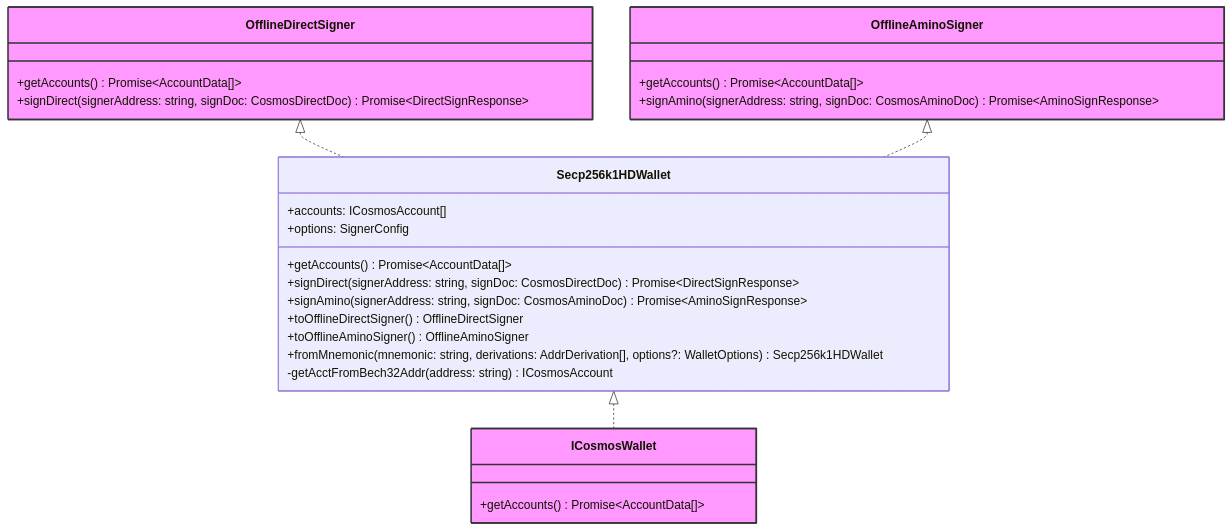
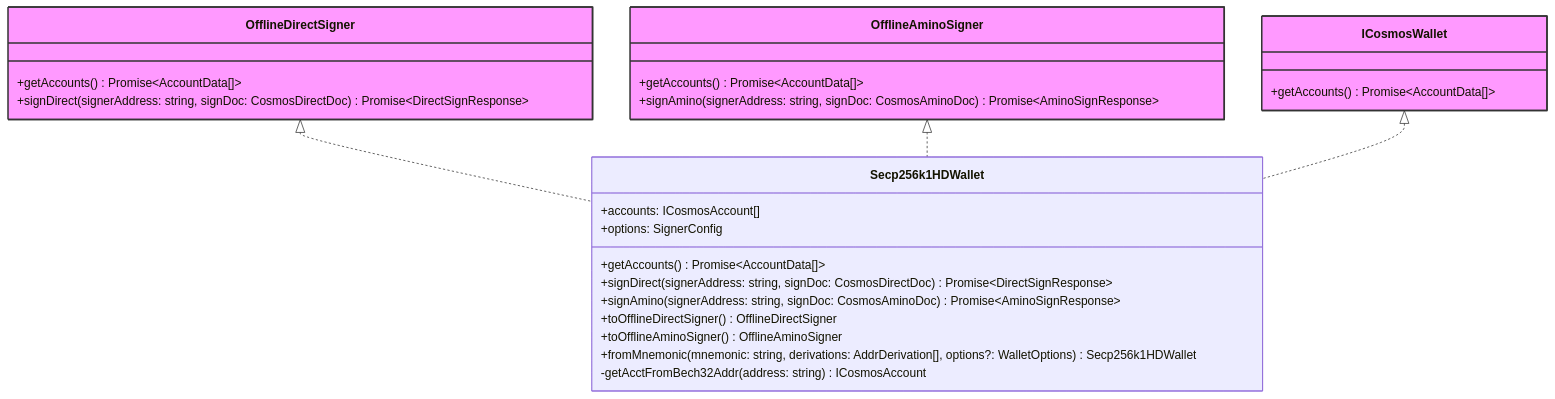
The diagram in docs/wallet.md (cosmology-tech/interchainjs), drawn with Mermaid before and after one commit. The commit also changed 4 other files, not shown here.

Commit message:
fixed README and add charts to signer.md

````diff
--- a/docs/wallet.md
+++ b/docs/wallet.md
@@ -6,36 +6,36 @@
 ```mermaid
 classDiagram
     class ICosmosWallet {
         +getAccounts() Promise~AccountData[]~
     }
 
     class OfflineDirectSigner {
         +getAccounts() Promise~AccountData[]~
         +signDirect(signerAddress: string, signDoc: CosmosDirectDoc) Promise~DirectSignResponse~
     }
 
     class OfflineAminoSigner {
         +getAccounts() Promise~AccountData[]~
         +signAmino(signerAddress: string, signDoc: CosmosAminoDoc) Promise~AminoSignResponse~
     }
 
     class Secp256k1HDWallet {
         +accounts: ICosmosAccount[]
         +options: SignerConfig
         +getAccounts() Promise~AccountData[]~
         +signDirect(signerAddress: string, signDoc: CosmosDirectDoc) Promise~DirectSignResponse~
         +signAmino(signerAddress: string, signDoc: CosmosAminoDoc) Promise~AminoSignResponse~
         +toOfflineDirectSigner() OfflineDirectSigner
         +toOfflineAminoSigner() OfflineAminoSigner
         +fromMnemonic(mnemonic: string, derivations: AddrDerivation[], options?: WalletOptions) Secp256k1HDWallet
         -getAcctFromBech32Addr(address: string) ICosmosAccount
     }
 
     OfflineDirectSigner <|.. Secp256k1HDWallet
     OfflineAminoSigner <|.. Secp256k1HDWallet
-    Secp256k1HDWallet <|.. ICosmosWallet
+    ICosmosWallet <|.. Secp256k1HDWallet
 
     style OfflineDirectSigner fill:#f9f,stroke:#333,stroke-width:2px
     style OfflineAminoSigner fill:#f9f,stroke:#333,stroke-width:2px
     style ICosmosWallet fill:#f9f,stroke:#333,stroke-width:2px
 ```
````
